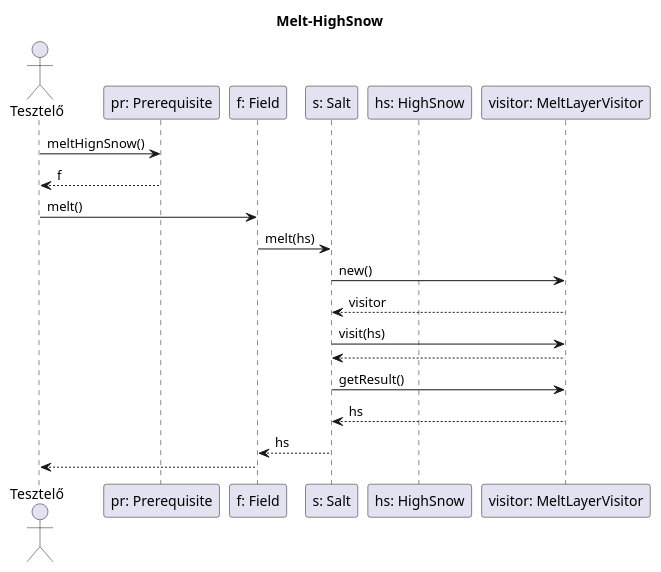
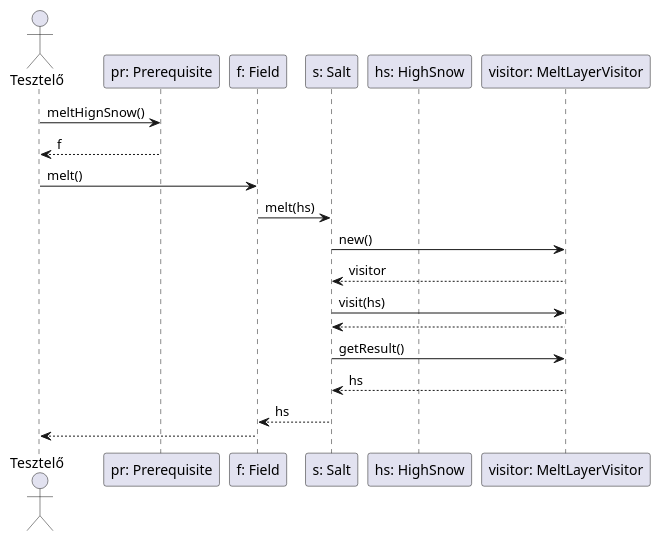
One commit to uhrinandor/spring changed the diagram in docs/skeleton/layermelt/melthighsnow.plantuml. Above: the diagram before and after it, drawn with PlantUML. The commit also changed 8 other files, not shown here.

```diff
--- a/docs/skeleton/layermelt/melthighsnow.plantuml
+++ b/docs/skeleton/layermelt/melthighsnow.plantuml
@@ -1,26 +1,24 @@
 @startuml
-title Melt-HighSnow
-
 actor "Tesztelő" as tester
 participant "pr: Prerequisite" as preq
 participant "f: Field" as field
 participant "s: Salt" as salt
 participant "hs: HighSnow" as layer
 participant "visitor: MeltLayerVisitor" as visitor
 
 tester -> preq: meltHignSnow()
 preq --> tester: f
 tester -> field: melt()
 
 field -> salt: melt(hs)
 
 salt -> visitor: new()
 visitor --> salt: visitor
 salt -> visitor: visit(hs)
 visitor --> salt:
 salt -> visitor: getResult()
 visitor --> salt: hs
 salt --> field: hs
 
 field --> tester:
 @enduml
```
